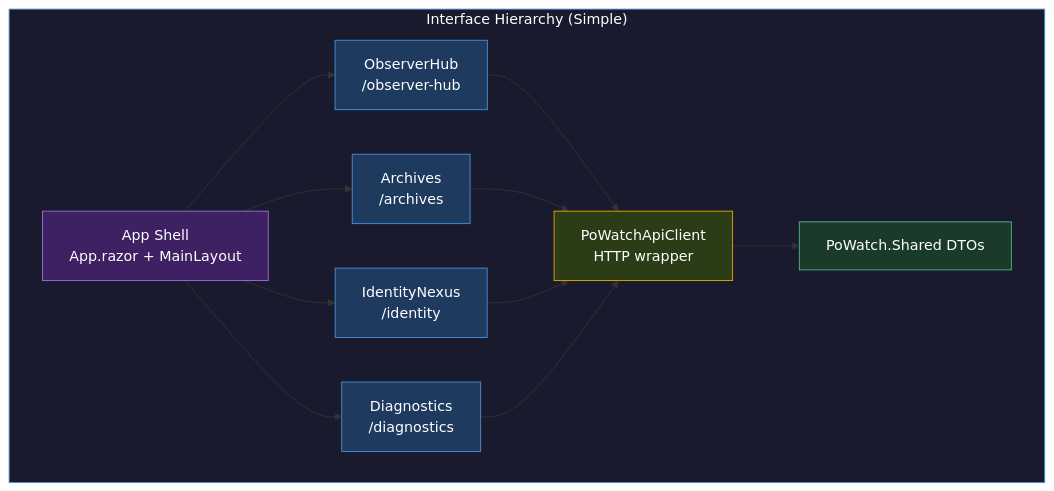
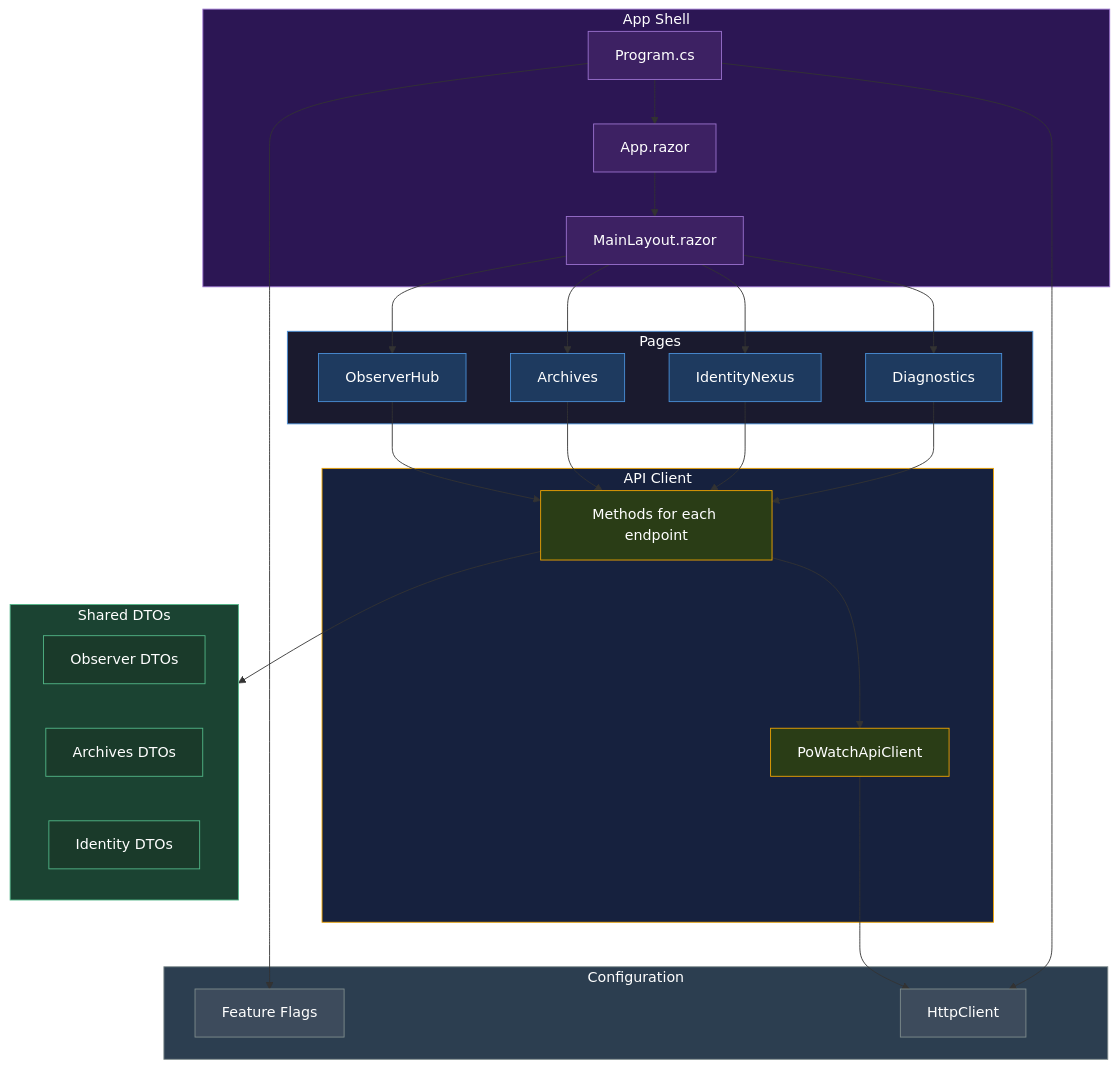
One commit to punkouter26/PoWatch changed the diagram in docs/InterfaceHierarchy_MASTER_SIMPLE.mmd. Above: the diagram before and after it, drawn with Mermaid. The commit also changed 90 other files, not shown here.

```diff
--- a/docs/InterfaceHierarchy_MASTER_SIMPLE.mmd
+++ b/docs/InterfaceHierarchy_MASTER_SIMPLE.mmd
@@ -1,31 +1,55 @@
 flowchart TD
-    subgraph Hierarchy["Interface Hierarchy (Simple)"]
-        SHELL["App Shell\nApp.razor + MainLayout"]
-        OBSHUB["ObserverHub\n/observer-hub"]
-        ARCHIVES["Archives\n/archives"]
-        IDNEXUS["IdentityNexus\n/identity"]
-        DIAG["Diagnostics\n/diagnostics"]
-        APICLIENT["PoWatchApiClient\nHTTP wrapper"]
-        SHARED["PoWatch.Shared DTOs"]
+    subgraph AppShell["App Shell"]
+        PROG["Program.cs"]
+        ROUTER["App.razor"]
+        LAYOUT["MainLayout.razor"]
     end
 
-    SHELL --> OBSHUB
-    SHELL --> ARCHIVES
-    SHELL --> IDNEXUS
-    SHELL --> DIAG
+    subgraph Pages["Pages"]
+        OBS["ObserverHub"]
+        ARCH["Archives"]
+        ID["IdentityNexus"]
+        DIAG["Diagnostics"]
+    end
 
-    OBSHUB --> APICLIENT
-    ARCHIVES --> APICLIENT
-    IDNEXUS --> APICLIENT
-    DIAG --> APICLIENT
+    subgraph Client["API Client"]
+        API["PoWatchApiClient"]
+        METHODS["Methods for each endpoint"]
+    end
 
-    APICLIENT --> SHARED
+    subgraph Config["Configuration"]
+        FLAGS["Feature Flags"]
+        HTTP["HttpClient"]
+    end
 
-    style Hierarchy fill:#1a1a2e,stroke:#4a90d9,color:#fff
-    style SHELL fill:#3d2163,stroke:#9b72cf,color:#fff
-    style OBSHUB fill:#1e3a5f,stroke:#4a90d9,color:#fff
-    style ARCHIVES fill:#1e3a5f,stroke:#4a90d9,color:#fff
-    style IDNEXUS fill:#1e3a5f,stroke:#4a90d9,color:#fff
+    subgraph DTOs["Shared DTOs"]
+        OBS_DTOS["Observer DTOs"]
+        ARCH_DTOS["Archives DTOs"]
+        ID_DTOS["Identity DTOs"]
+    end
+
+    PROG --> ROUTER --> LAYOUT --> OBS & ARCH & ID & DIAG
+    OBS & ARCH & ID & DIAG --> METHODS --> API --> HTTP
+    PROG --> FLAGS & HTTP
+    METHODS --> DTOs
+
+    style AppShell fill:#2c1654,stroke:#9b72cf,color:#fff
+    style Pages fill:#1a1a2e,stroke:#4a90d9,color:#fff
+    style Client fill:#16213e,stroke:#f0a500,color:#fff
+    style Config fill:#2c3e50,stroke:#7f8c8d,color:#fff
+    style DTOs fill:#1b4332,stroke:#52b788,color:#fff
+
+    style PROG fill:#3d2163,stroke:#9b72cf,color:#fff
+    style ROUTER fill:#3d2163,stroke:#9b72cf,color:#fff
+    style LAYOUT fill:#3d2163,stroke:#9b72cf,color:#fff
+    style OBS fill:#1e3a5f,stroke:#4a90d9,color:#fff
+    style ARCH fill:#1e3a5f,stroke:#4a90d9,color:#fff
+    style ID fill:#1e3a5f,stroke:#4a90d9,color:#fff
     style DIAG fill:#1e3a5f,stroke:#4a90d9,color:#fff
-    style APICLIENT fill:#2a3d16,stroke:#f0a500,color:#fff
-    style SHARED fill:#1a3a2a,stroke:#52b788,color:#fff
+    style API fill:#2a3d16,stroke:#f0a500,color:#fff
+    style METHODS fill:#2a3d16,stroke:#f0a500,color:#fff
+    style FLAGS fill:#3d4b5c,stroke:#7f8c8d,color:#fff
+    style HTTP fill:#3d4b5c,stroke:#7f8c8d,color:#fff
+    style OBS_DTOS fill:#1a3a2a,stroke:#52b788,color:#fff
+    style ARCH_DTOS fill:#1a3a2a,stroke:#52b788,color:#fff
+    style ID_DTOS fill:#1a3a2a,stroke:#52b788,color:#fff
```
